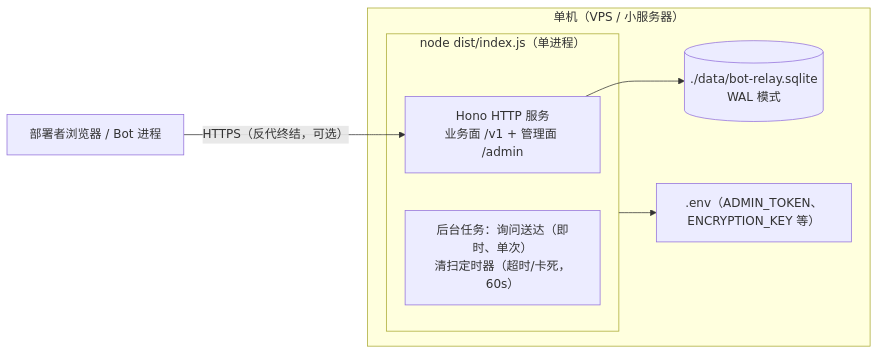
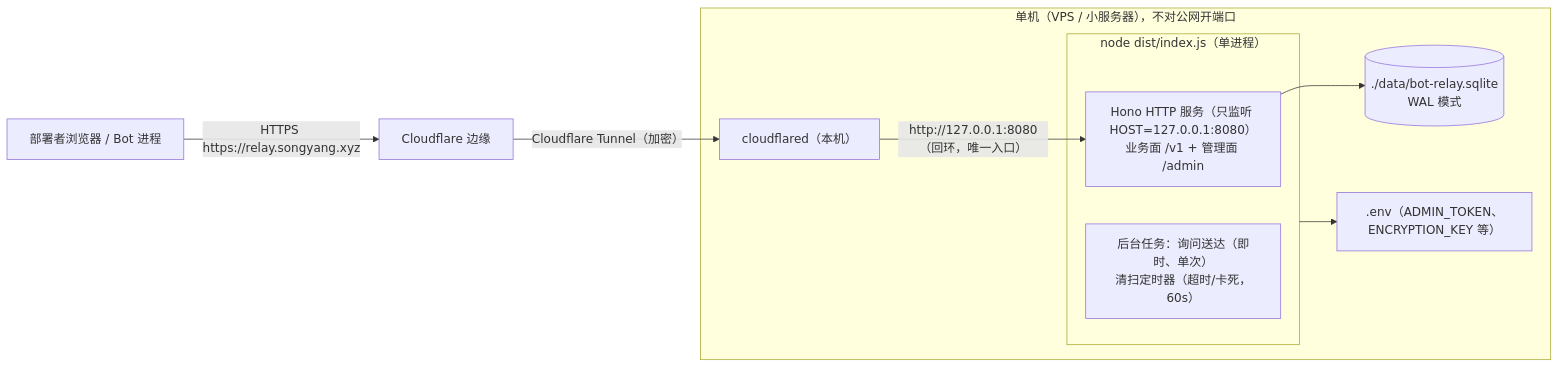
The second of 5 diagrams in docs/redesign/TECH-DESIGN.md (northernsong/bot-relay), drawn with Mermaid before and after one commit. The commit also changed other lines of this file, not shown here.

````diff
--- a/docs/redesign/TECH-DESIGN.md
+++ b/docs/redesign/TECH-DESIGN.md
@@ -120,14 +124,17 @@
 ```mermaid
 flowchart LR
-  subgraph Host["单机（VPS / 小服务器）"]
+  Client["部署者浏览器 / Bot 进程"] -->|"HTTPS https://relay.songyang.xyz"| CF["Cloudflare 边缘"]
+  subgraph Host["单机（VPS / 小服务器），不对公网开端口"]
+    TUN["cloudflared（本机）"]
     subgraph Proc["node dist/index.js（单进程）"]
-      H["Hono HTTP 服务<br/>业务面 /v1 + 管理面 /admin"]
+      H["Hono HTTP 服务（只监听 HOST=127.0.0.1:8080）<br/>业务面 /v1 + 管理面 /admin"]
       BG["后台任务：询问送达（即时、单次）<br/>清扫定时器（超时/卡死，60s）"]
     end
     SQLite[("./data/bot-relay.sqlite<br/>WAL 模式")]
     Env[".env（ADMIN_TOKEN、ENCRYPTION_KEY 等）"]
   end
-  Client["部署者浏览器 / Bot 进程"] -->|"HTTPS（反代终结，可选）"| H
+  CF -->|"Cloudflare Tunnel（加密）"| TUN
+  TUN -->|"http://127.0.0.1:8080（回环，唯一入口）"| H
   H --> SQLite
   Proc --> Env
 ```
````
